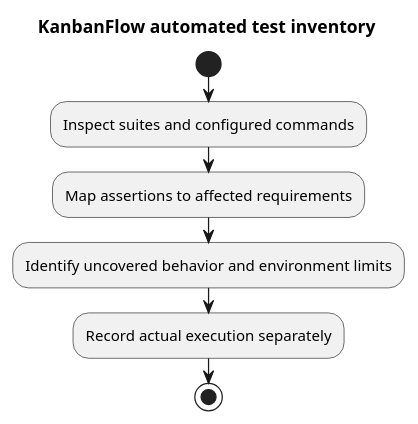
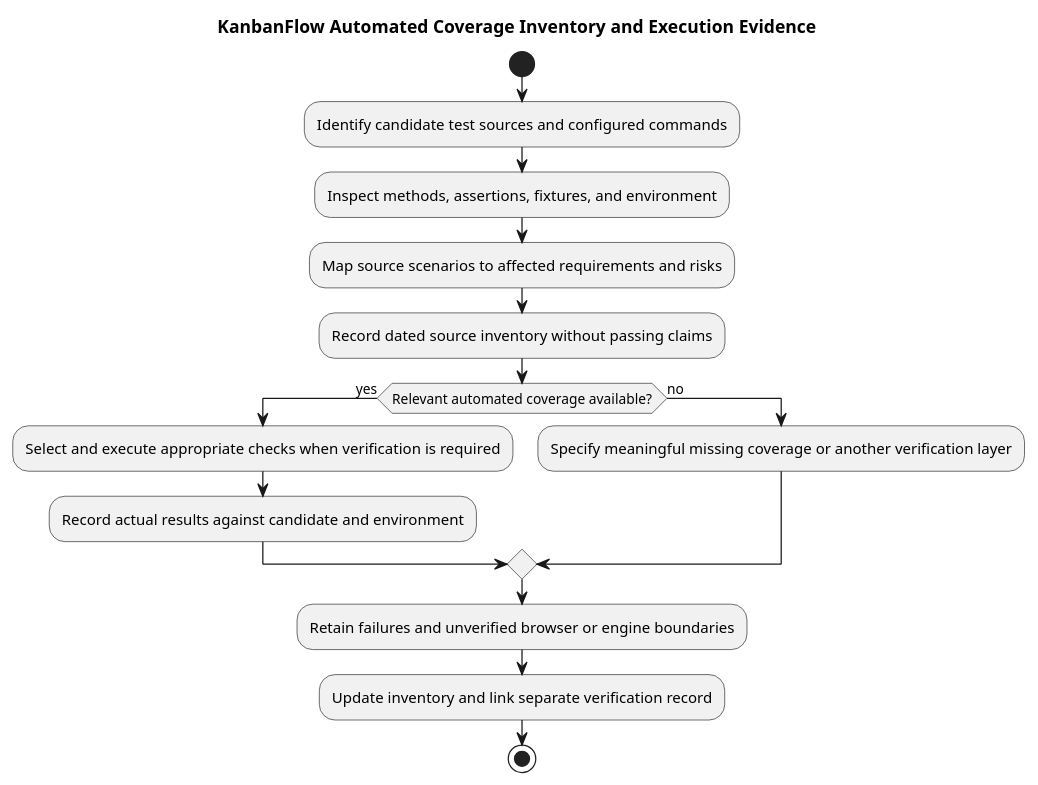
Before and after one commit to Farhad-Valizadegan/Web-KanbanFlow: the diagram in docs/SDLC/06-testing/automated-test-inventory.md, drawn with PlantUML. The commit also changed other lines of this file and 2 other files, not shown here.

Commit message:
docs: complete automated test inventory and coverage boundaries

````diff
--- a/docs/SDLC/06-testing/automated-test-inventory.md
+++ b/docs/SDLC/06-testing/automated-test-inventory.md
@@ -43,11 +99,19 @@
 ```plantuml
 @startuml
-title KanbanFlow automated test inventory
+title KanbanFlow Automated Coverage Inventory and Execution Evidence
 start
-:Inspect suites and configured commands;
-:Map assertions to affected requirements;
-:Identify uncovered behavior and environment limits;
-:Record actual execution separately;
+:Identify candidate test sources and configured commands;
+:Inspect methods, assertions, fixtures, and environment;
+:Map source scenarios to affected requirements and risks;
+:Record dated source inventory without passing claims;
+if (Relevant automated coverage available?) then (yes)
+ :Select and execute appropriate checks when verification is required;
+ :Record actual results against candidate and environment;
+else (no)
+ :Specify meaningful missing coverage or another verification layer;
+endif
+:Retain failures and unverified browser or engine boundaries;
+:Update inventory and link separate verification record;
 stop
 @enduml
 ```
````
